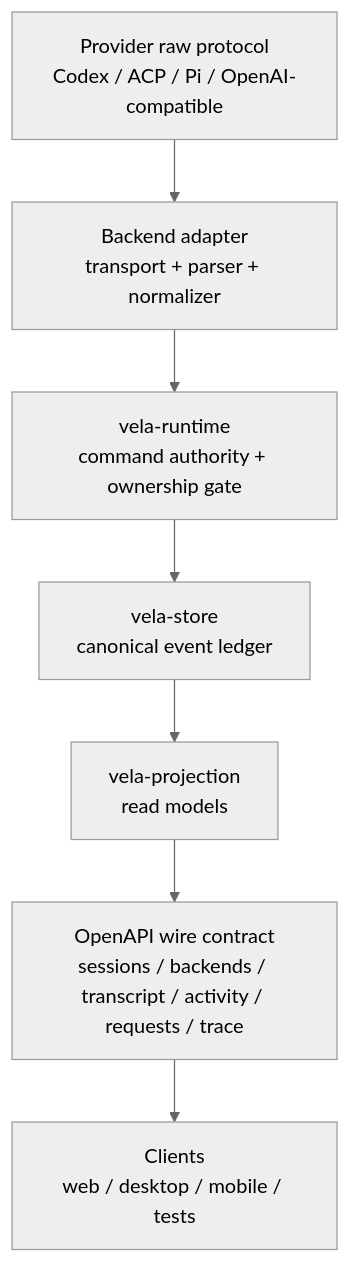
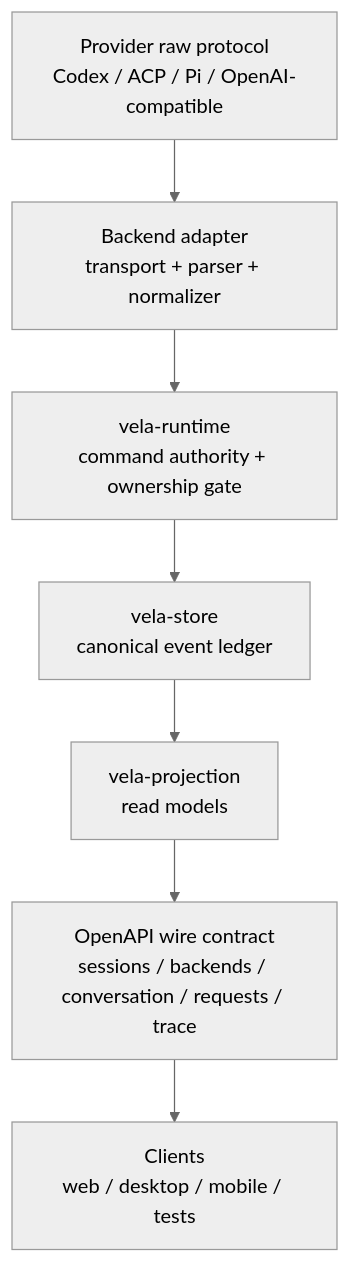
One commit to opencraft-app/opencraft changed the diagram in content/docs/architecture/agent-capability-model.mdx. Above: the diagram before and after it, drawn with Mermaid (neutral theme). The commit also changed other lines of this file and 47 other files, not shown here.

Commit message:
Unify chat contract around conversation view

````diff
--- a/content/docs/architecture/agent-capability-model.mdx
+++ b/content/docs/architecture/agent-capability-model.mdx
@@ -16,9 +16,9 @@
 ```mermaid
 flowchart TD
   Provider["Provider raw protocol\nCodex / ACP / Pi / OpenAI-compatible"] --> Adapter["Backend adapter\ntransport + parser + normalizer"]
   Adapter --> Runtime["vela-runtime\ncommand authority + ownership gate"]
   Runtime --> Store["vela-store\ncanonical event ledger"]
   Store --> Projection["vela-projection\nread models"]
-  Projection --> OpenAPI["OpenAPI wire contract\nsessions / backends / transcript / activity / requests / trace"]
+  Projection --> OpenAPI["OpenAPI wire contract\nsessions / backends / conversation / requests / trace"]
   OpenAPI --> Client["Clients\nweb / desktop / mobile / tests"]
 ```
````
